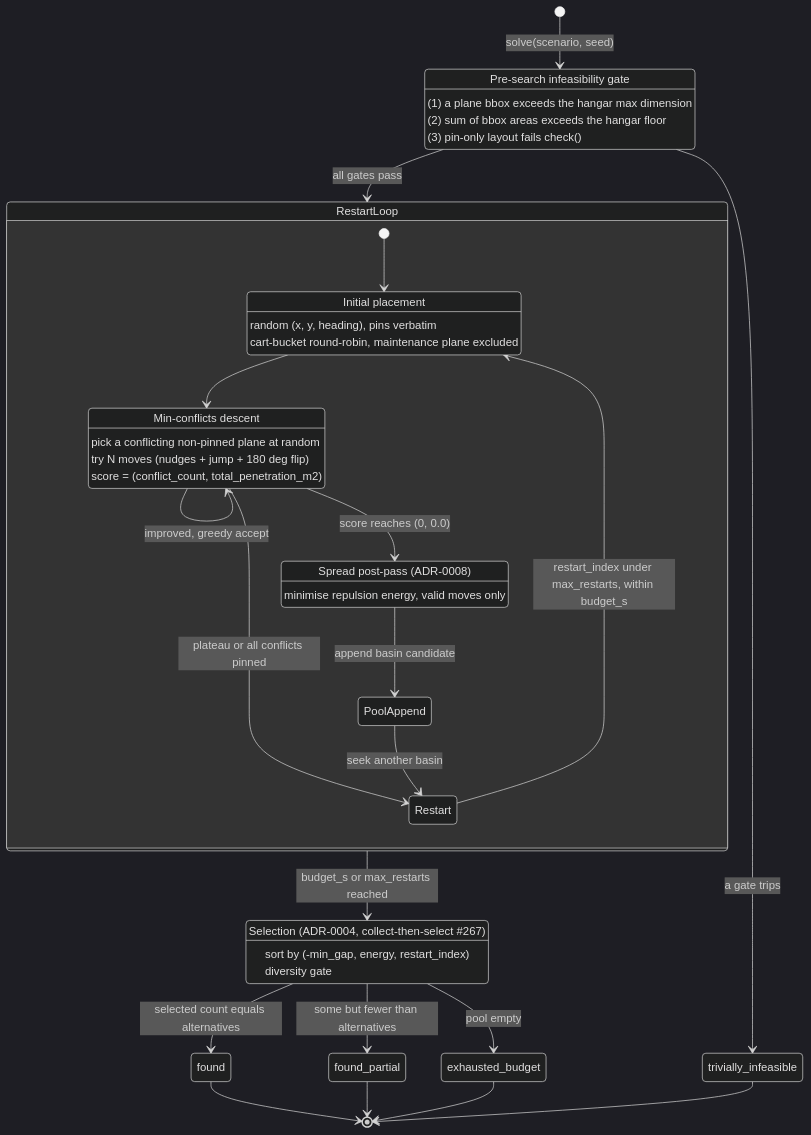
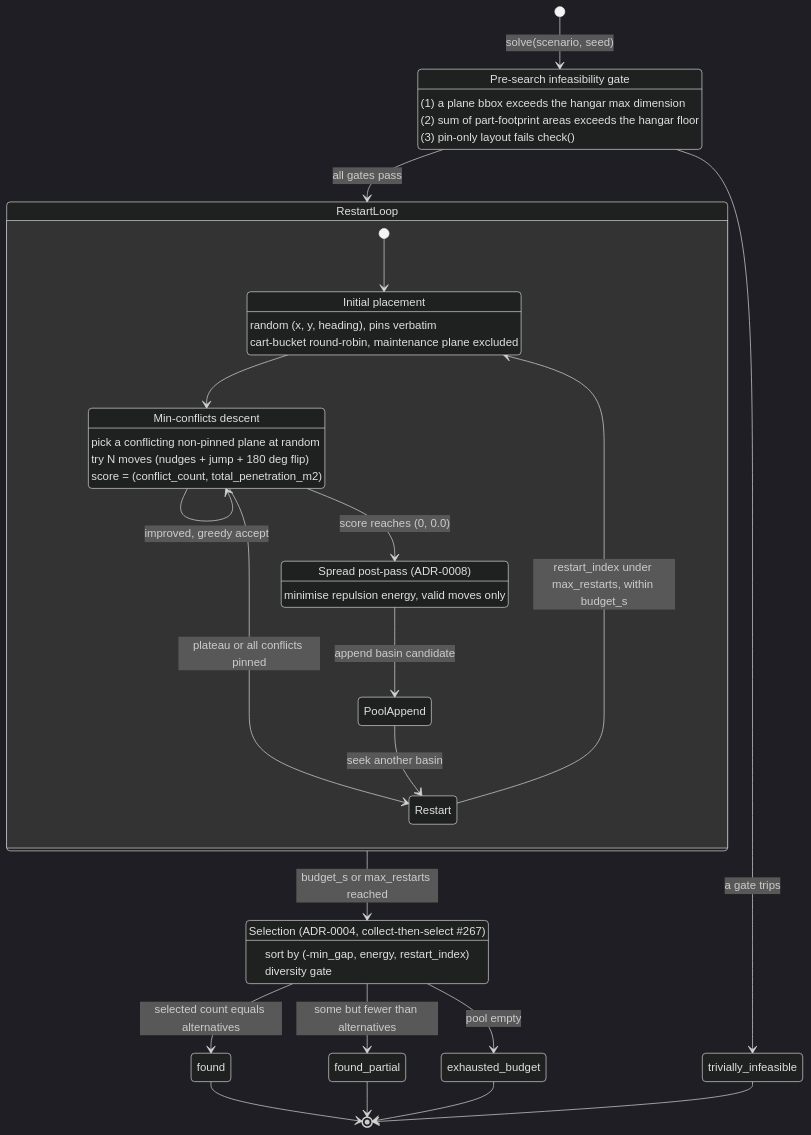
Before and after one commit to DocGerd/hangarfit: the second of 2 diagrams in docs/architecture/05-building-block-view.md, drawn with Mermaid (dark theme). The commit also changed other lines of this file and 9 other files, not shown here.

````diff
--- a/docs/architecture/05-building-block-view.md
+++ b/docs/architecture/05-building-block-view.md
@@ -232,47 +234,47 @@
 ```mermaid
 stateDiagram-v2
     direction TB
     [*] --> PreSearchGate : solve(scenario, seed)
 
     PreSearchGate : Pre-search infeasibility gate
     PreSearchGate : (1) a plane bbox exceeds the hangar max dimension
-    PreSearchGate : (2) sum of bbox areas exceeds the hangar floor
+    PreSearchGate : (2) sum of part-footprint areas exceeds the hangar floor
     PreSearchGate : (3) pin-only layout fails check()
 
     PreSearchGate --> trivially_infeasible : a gate trips
     PreSearchGate --> RestartLoop : all gates pass
 
     state RestartLoop {
         direction TB
         [*] --> InitialPlacement
         InitialPlacement : Initial placement
         InitialPlacement : random (x, y, heading), pins verbatim
         InitialPlacement : cart-bucket round-robin, maintenance plane excluded
         InitialPlacement --> Descent
         Descent : Min-conflicts descent
         Descent : pick a conflicting non-pinned plane at random
         Descent : try N moves (nudges + jump + 180 deg flip)
         Descent : score = (conflict_count, total_penetration_m2)
         Descent --> Descent : improved, greedy accept
         Descent --> Spread : score reaches (0, 0.0)
         Descent --> Restart : plateau or all conflicts pinned
         Spread : Spread post-pass (ADR-0008)
         Spread : minimise repulsion energy, valid moves only
         Spread --> PoolAppend : append basin candidate
         PoolAppend --> Restart : seek another basin
         Restart --> InitialPlacement : restart_index under max_restarts, within budget_s
     }
 
     RestartLoop --> Select : budget_s or max_restarts reached
     Select : Selection (ADR-0004, collect-then-select #267)
     Select : sort by (-min_gap, energy, restart_index)
     Select : diversity gate
     Select --> found : selected count equals alternatives
     Select --> found_partial : some but fewer than alternatives
     Select --> exhausted_budget : pool empty
 
     found --> [*]
     found_partial --> [*]
     exhausted_budget --> [*]
     trivially_infeasible --> [*]
 ```
````
